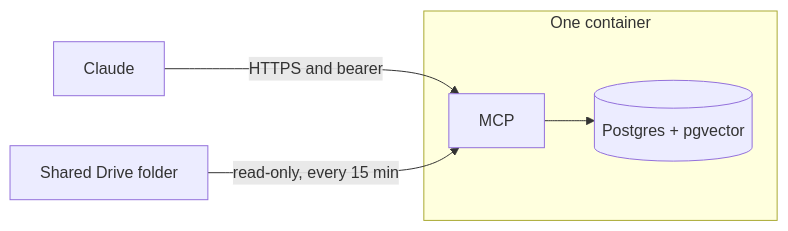
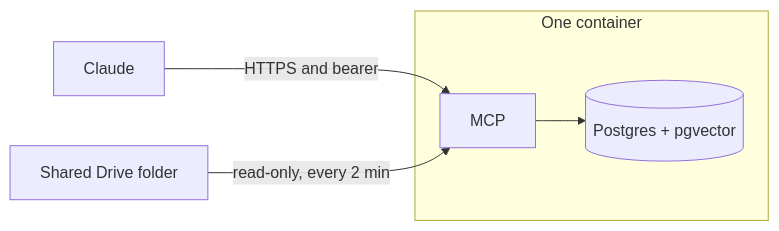
The diagram in README.md (meteordefect/memory-system), drawn with Mermaid before and after one commit. The commit also changed other lines of this file and 3 other files, not shown here.

First line of the commit message:
Check the Drive folder every 2 minutes.

````diff
--- a/README.md
+++ b/README.md
@@ -13,14 +13,14 @@
 ```mermaid
 flowchart LR
   Claude["Claude"]
   Drive["Shared Drive folder"]
 
   subgraph box ["One container"]
     MCP["MCP"]
     DB[("Postgres + pgvector")]
     MCP --> DB
   end
 
   Claude -->|"HTTPS and bearer"| MCP
-  Drive -->|"read-only, every 15 min"| MCP
+  Drive -->|"read-only, every 2 min"| MCP
 ```
````
